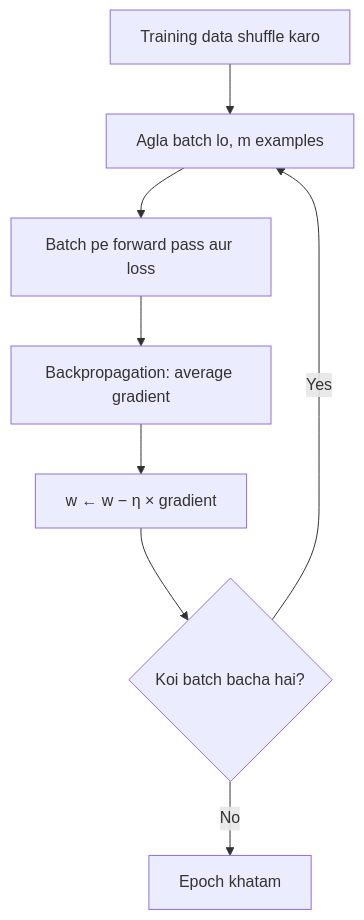
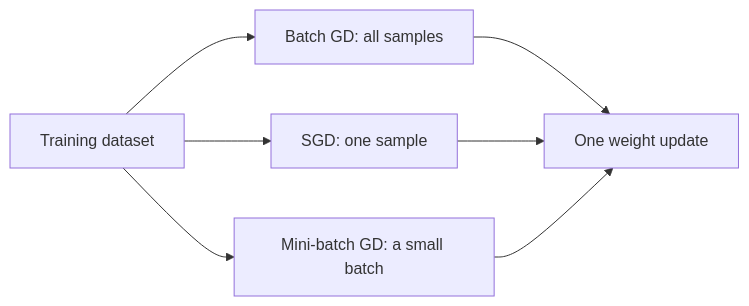
One commit to TrendySloth1001/sem-seven-notes changed the diagram in content/deep-learning/pyq/2024-12/q3a.hi.mdx. Above: the diagram before and after it, drawn with Mermaid. The commit also changed other lines of this file and 254 other files, not shown here.

Commit message:
Rewrite the backpropagation, gradient descent, regularization and autoencoder notes and their 29 answers from the teachers' class files. They use 185 teacher figures with class-notes citations only, and correct the AdaGrad, RMSProp, Nesterov and batch-norm numbers on the slides.

````diff
--- a/content/deep-learning/pyq/2024-12/q3a.hi.mdx
+++ b/content/deep-learning/pyq/2024-12/q3a.hi.mdx
@@ -32,11 +9,10 @@
 ```mermaid
-%% caption: Mini-batch gradient descent ka ek epoch. Batch size N rakho to batch GD, aur 1 rakho to SGD.
-flowchart TD
-  A["Training data shuffle karo"] --> B["Agla batch lo, m examples"]
-  B --> C["Batch pe forward pass aur loss"]
-  C --> D["Backpropagation: average gradient"]
-  D --> E["w ← w − η × gradient"]
-  E --> F{"Koi batch bacha hai?"}
-  F -- "Yes" --> B
-  F -- "No" --> G["Epoch khatam"]
+%% caption: Gradient descent ke teeno types mein ek weight update se pehle kitne samples use hote hain, yahi fark hai.
+flowchart LR
+  D["Training dataset"] --> A["Batch GD: all samples"]
+  D --> B["SGD: one sample"]
+  D --> C["Mini-batch GD: a small batch"]
+  A --> U["One weight update"]
+  B --> U
+  C --> U
 ```
````
